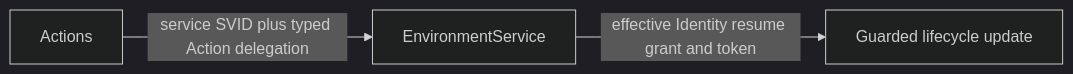
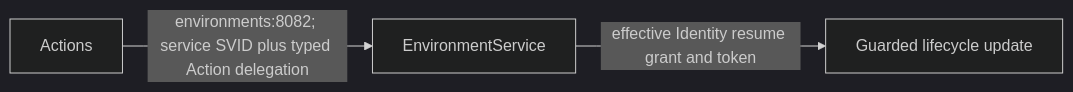
Before and after one commit to agentydragon/ducktape: diagram 17 of 18 in agentplane/docs/system_overview.md, drawn with Mermaid (dark theme). The commit also changed other lines of this file and 8 other files, not shown here.

Commit message:
Route Actions callers through sessions and environments Services

````diff
--- a/agentplane/docs/system_overview.md
+++ b/agentplane/docs/system_overview.md
@@ -891,5 +891,5 @@
 ```mermaid
 flowchart LR
-    actions[Actions] -->|service SVID plus typed Action delegation| env[EnvironmentService]
+    actions[Actions] -->|environments:8082; service SVID plus typed Action delegation| env[EnvironmentService]
     env -->|effective Identity resume grant and token| lifecycle[Guarded lifecycle update]
 ```
````
